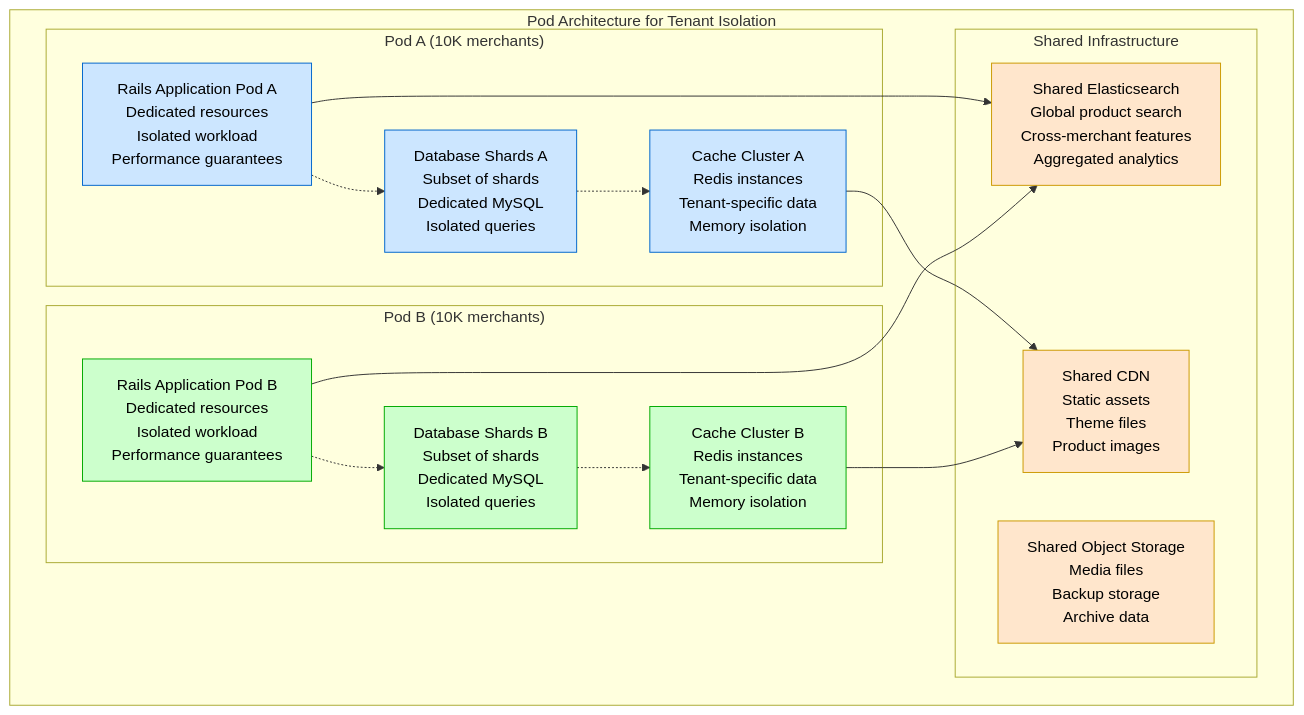
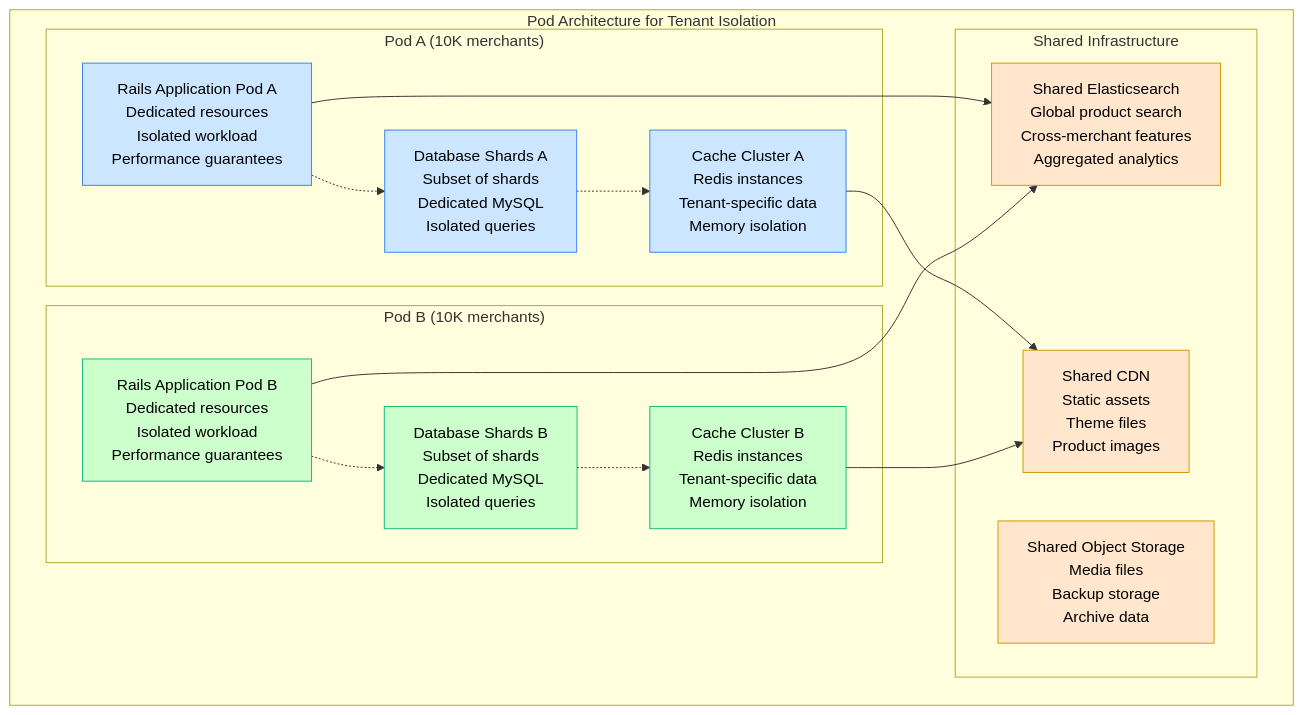
Before and after one commit to deepaucksharma/DS: the fourth of 8 diagrams in site/docs/systems/shopify/storage-architecture.md, drawn with Mermaid. The commit also changed other lines of this file and 303 other files, not shown here.

````diff
--- a/site/docs/systems/shopify/storage-architecture.md
+++ b/site/docs/systems/shopify/storage-architecture.md
@@ -228,43 +228,43 @@
 ```mermaid
 graph TB
     subgraph "Pod Architecture for Tenant Isolation"
         subgraph "Pod A (10K merchants)"
             POD_A_APP[Rails Application Pod A<br/>Dedicated resources<br/>Isolated workload<br/>Performance guarantees]
             POD_A_DB[Database Shards A<br/>Subset of shards<br/>Dedicated MySQL<br/>Isolated queries]
             POD_A_CACHE[Cache Cluster A<br/>Redis instances<br/>Tenant-specific data<br/>Memory isolation]
         end
 
         subgraph "Pod B (10K merchants)"
             POD_B_APP[Rails Application Pod B<br/>Dedicated resources<br/>Isolated workload<br/>Performance guarantees]
             POD_B_DB[Database Shards B<br/>Subset of shards<br/>Dedicated MySQL<br/>Isolated queries]
             POD_B_CACHE[Cache Cluster B<br/>Redis instances<br/>Tenant-specific data<br/>Memory isolation]
         end
 
         subgraph "Shared Infrastructure"
             SHARED_SEARCH[Shared Elasticsearch<br/>Global product search<br/>Cross-merchant features<br/>Aggregated analytics]
             SHARED_CDN[Shared CDN<br/>Static assets<br/>Theme files<br/>Product images]
             SHARED_STORAGE[Shared Object Storage<br/>Media files<br/>Backup storage<br/>Archive data]
         end
     end
 
     %% Pod isolation
     POD_A_APP -.-> POD_A_DB
     POD_A_DB -.-> POD_A_CACHE
     POD_B_APP -.-> POD_B_DB
     POD_B_DB -.-> POD_B_CACHE
 
     %% Shared services
     POD_A_APP --> SHARED_SEARCH
     POD_B_APP --> SHARED_SEARCH
     POD_A_CACHE --> SHARED_CDN
     POD_B_CACHE --> SHARED_CDN
 
     %% Apply pod colors
-    classDef podAStyle fill:#CCE6FF,stroke:#0066CC,color:#000
-    classDef podBStyle fill:#CCFFCC,stroke:#00AA00,color:#000
+    classDef podAStyle fill:#CCE6FF,stroke:#3B82F6,color:#000
+    classDef podBStyle fill:#CCFFCC,stroke:#10B981,color:#000
     classDef sharedStyle fill:#FFE6CC,stroke:#CC9900,color:#000
 
     class POD_A_APP,POD_A_DB,POD_A_CACHE podAStyle
     class POD_B_APP,POD_B_DB,POD_B_CACHE podBStyle
     class SHARED_SEARCH,SHARED_CDN,SHARED_STORAGE sharedStyle
 ```
````
